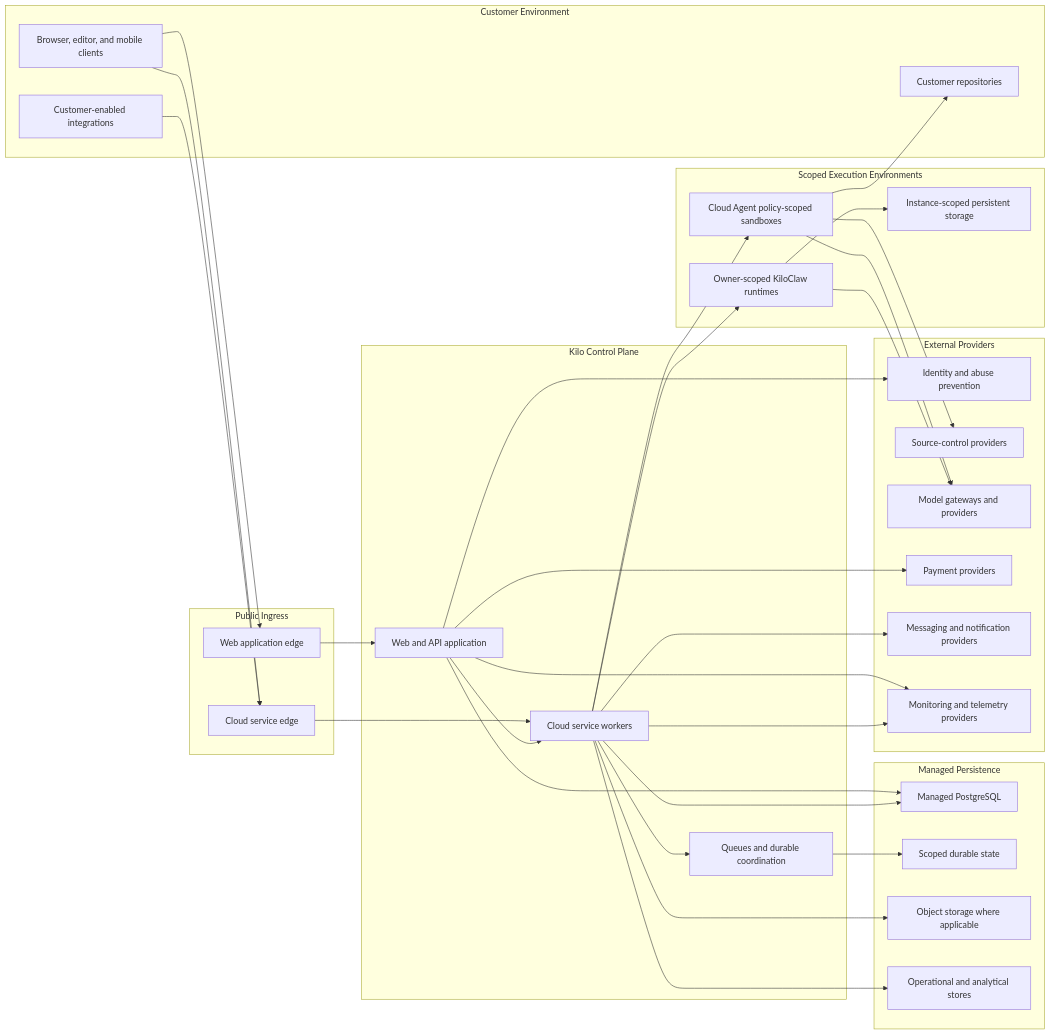
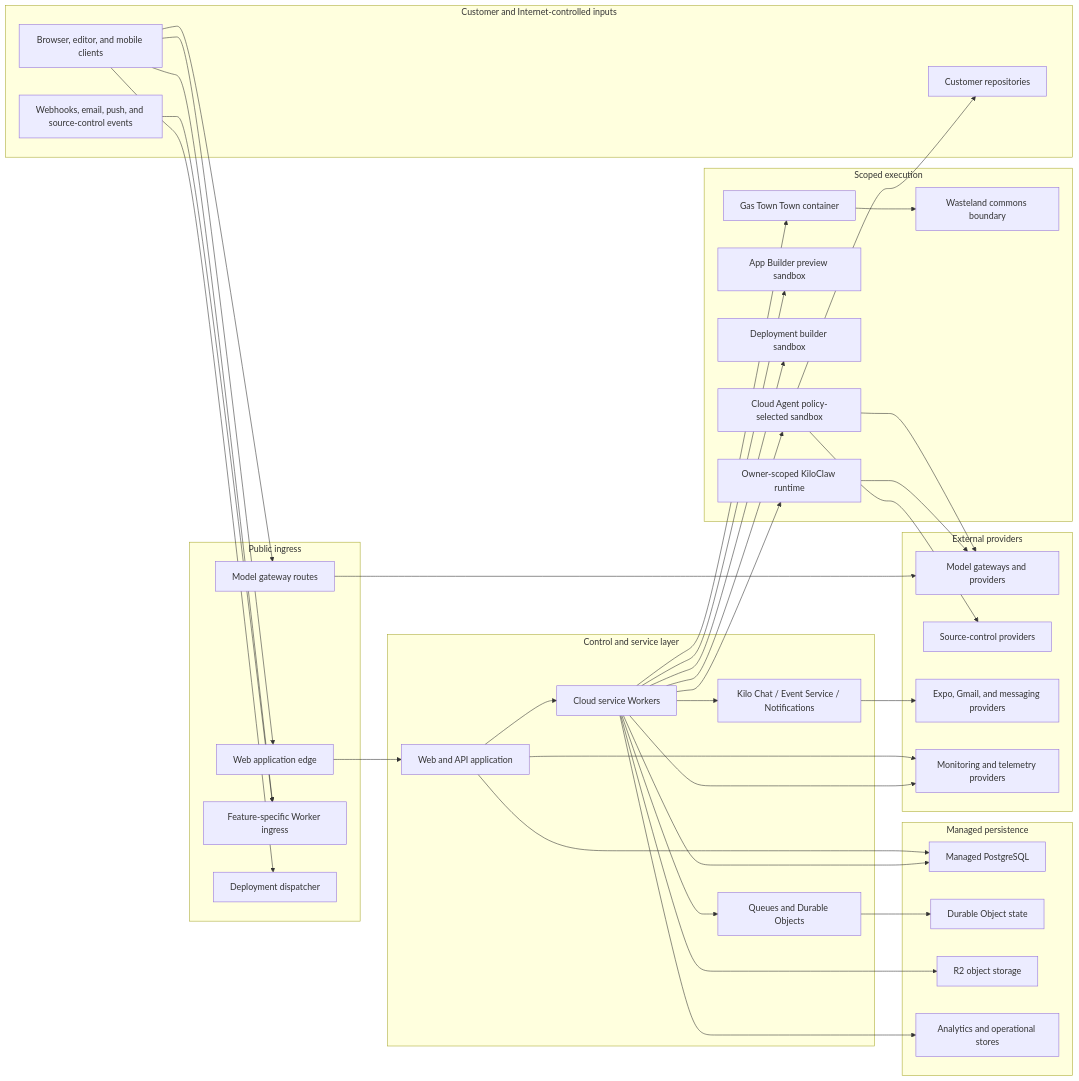
Before and after one commit to dhs-shine/kilocode: the first of 6 diagrams in packages/kilo-docs/pages/contributing/architecture/cloud-security.md, drawn with Mermaid. The commit also changed other lines of this file and 42 other files, not shown here.

Commit message:
docs(kilo-docs): clarify architecture documentation

````diff
--- a/packages/kilo-docs/pages/contributing/architecture/cloud-security.md
+++ b/packages/kilo-docs/pages/contributing/architecture/cloud-security.md
@@ -28,64 +33,70 @@
 ```mermaid
 flowchart LR
-  subgraph customer["Customer Environment"]
+  subgraph customer["Customer and Internet-controlled inputs"]
     clients["Browser, editor, and mobile clients"]
-    repositories["Customer repositories"]
-    integrations["Customer-enabled integrations"]
+    repos["Customer repositories"]
+    integrations["Webhooks, email, push, and source-control events"]
   end
 
-  subgraph ingress["Public Ingress"]
+  subgraph public["Public ingress"]
     webEdge["Web application edge"]
-    cloudEdge["Cloud service edge"]
+    gateway["Model gateway routes"]
+    cloudEdge["Feature-specific Worker ingress"]
+    deployEdge["Deployment dispatcher"]
   end
 
-  subgraph control["Kilo Control Plane"]
-    webApp["Web and API application"]
-    services["Cloud service workers"]
-    async["Queues and durable coordination"]
+  subgraph control["Control and service layer"]
+    web["Web and API application"]
+    workers["Cloud service Workers"]
+    chat["Kilo Chat / Event Service / Notifications"]
+    async["Queues and Durable Objects"]
   end
 
-  subgraph stores["Managed Persistence"]
-    postgres["Managed PostgreSQL"]
-    durable["Scoped durable state"]
-    objects["Object storage where applicable"]
-    analytics["Operational and analytical stores"]
+  subgraph execution["Scoped execution"]
+    agent["Cloud Agent policy-selected sandbox"]
+    preview["App Builder preview sandbox"]
+    build["Deployment builder sandbox"]
+    claw["Owner-scoped KiloClaw runtime"]
+    town["Gas Town Town container"]
+    wasteland["Wasteland commons boundary"]
   end
 
-  subgraph execution["Scoped Execution Environments"]
-    agent["Cloud Agent policy-scoped sandboxes"]
-    claw["Owner-scoped KiloClaw runtimes"]
-    runtime["Instance-scoped persistent storage"]
+  subgraph stores["Managed persistence"]
+    postgres["Managed PostgreSQL"]
+    durable["Durable Object state"]
+    objects["R2 object storage"]
+    analytics["Analytics and operational stores"]
   end
 
-  subgraph providers["External Providers"]
-    identity["Identity and abuse prevention"]
+  subgraph providers["External providers"]
+    model["Model gateways and providers"]
     source["Source-control providers"]
-    models["Model gateways and providers"]
-    payments["Payment providers"]
-    messaging["Messaging and notification providers"]
+    messaging["Expo, Gmail, and messaging providers"]
     telemetry["Monitoring and telemetry providers"]
   end
 
-  clients --> webEdge --> webApp
-  clients --> cloudEdge --> services
+  clients --> webEdge --> web
+  clients --> gateway --> model
+  clients --> cloudEdge
   integrations --> cloudEdge
-  webApp --> services
-  webApp --> postgres
-  services --> async
-  async --> durable
-  services --> postgres
-  services --> objects
-  services --> analytics
-  services --> agent
-  services --> claw
-  claw --> runtime
-  agent --> repositories
+  clients --> deployEdge
+  web --> workers
+  workers --> async --> durable
+  workers --> chat
+  workers --> agent
+  workers --> preview
+  workers --> build
+  workers --> claw
+  workers --> town --> wasteland
+  agent --> repos
   agent --> source
-  agent --> models
-  claw --> models
-  webApp --> identity
-  webApp --> payments
-  webApp --> telemetry
-  services --> messaging
-  services --> telemetry
+  agent --> model
+  claw --> model
+  chat --> messaging
+  web --> postgres
+  workers --> postgres
+  workers --> objects
+  workers --> analytics
+  web --> telemetry
+  workers --> telemetry
 ```
````
